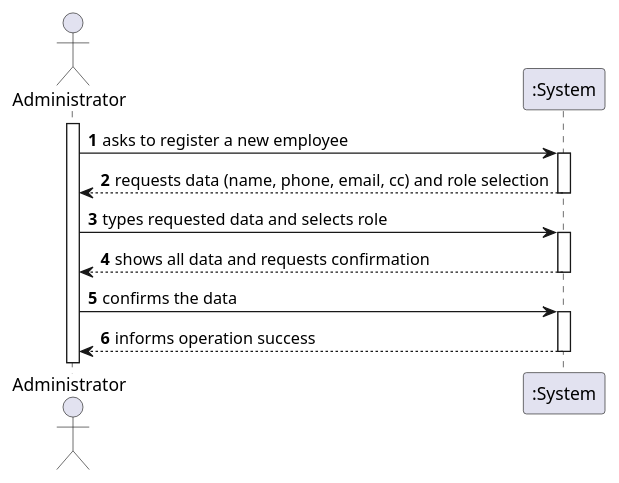
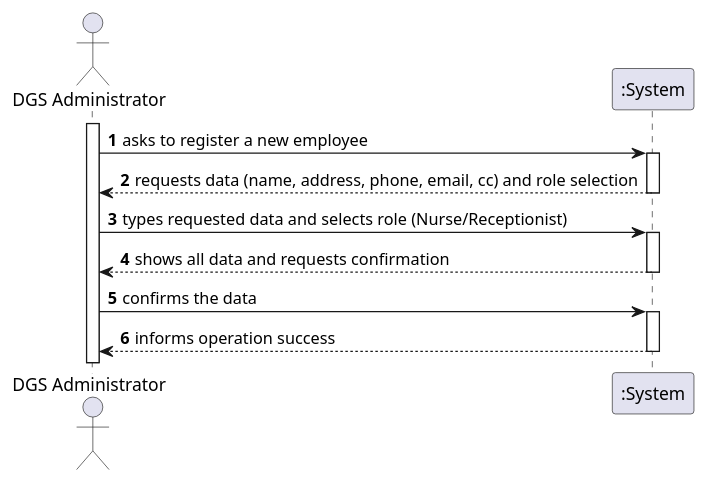
Before and after one commit to afonso51111/leti-esoft-25-26-A33: the diagram in project-template/docs/sprint2/US14/puml/US14-SSD.puml, drawn with PlantUML. The commit also changed 8 other files, not shown here.

```diff
--- a/project-template/docs/sprint2/US14/puml/US14-SSD.puml
+++ b/project-template/docs/sprint2/US14/puml/US14-SSD.puml
@@ -1,20 +1,20 @@
 @startuml
 'https://plantuml.com/sequence-diagram
 
 autoactivate on
 autonumber
 
-actor "Administrator" as Admin
+actor "DGS Administrator" as Admin
 participant ":System" as System
 
 activate Admin
 
 Admin -> System: asks to register a new employee
-System --> Admin: requests data (name, phone, email, cc) and role selection
+System --> Admin: requests data (name, address, phone, email, cc) and role selection
 
-Admin -> System: types requested data and selects role
+Admin -> System: types requested data and selects role (Nurse/Receptionist)
 System --> Admin: shows all data and requests confirmation
 
 Admin -> System: confirms the data
 System --> Admin: informs operation success
 @enduml
```
